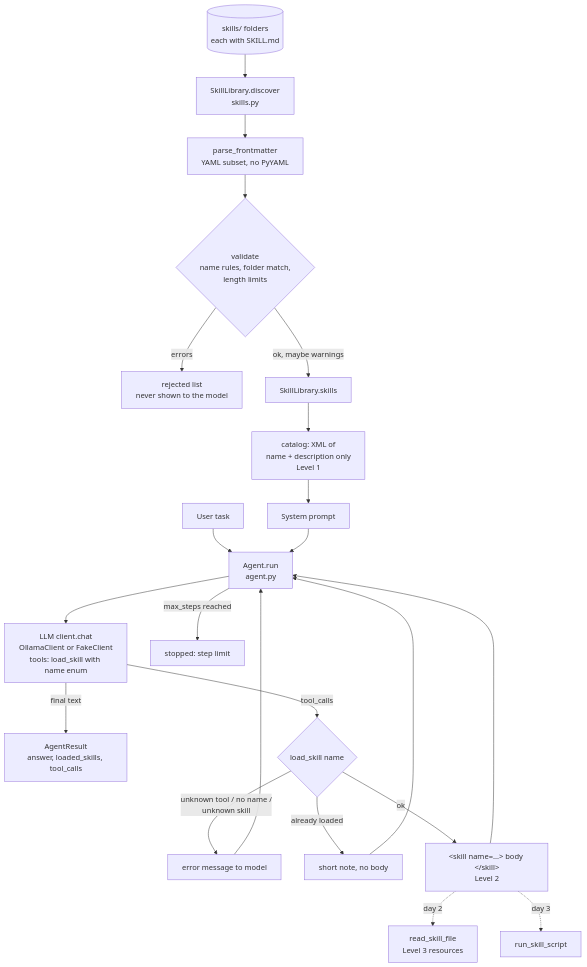
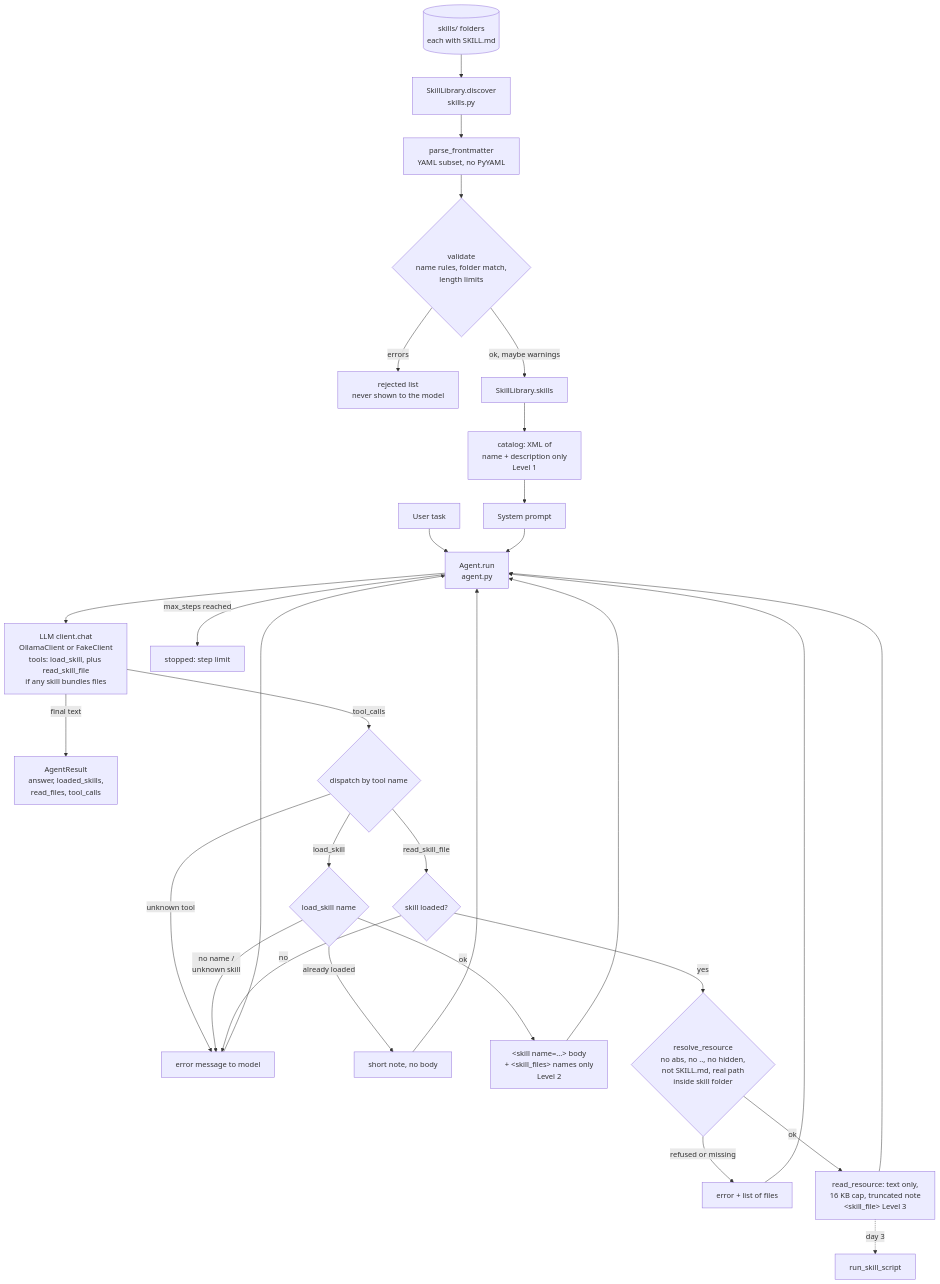
One commit to pavankonam/agents changed the diagram in week_02_skills_agent/flow.md. Above: the diagram before and after it, drawn with Mermaid. The commit also changed other lines of this file and 18 other files, not shown here.

Commit message:
week 02 day 2: level 3 skill resources with read_skill_file confined to loaded skill folders, 16 KB text cap, file list on load, incident-severity skill and level 3 quiz scenario

````diff
--- a/week_02_skills_agent/flow.md
+++ b/week_02_skills_agent/flow.md
@@ -5,24 +5,32 @@
 ```mermaid
 flowchart TD
     D[(skills/ folders<br/>each with SKILL.md)] --> DS[SkillLibrary.discover<br/>skills.py]
     DS --> PF[parse_frontmatter<br/>YAML subset, no PyYAML]
     PF --> V{validate<br/>name rules, folder match,<br/>length limits}
     V -->|errors| RJ[rejected list<br/>never shown to the model]
     V -->|ok, maybe warnings| LIB[SkillLibrary.skills]
     LIB --> CAT[catalog: XML of<br/>name + description only<br/>Level 1]
     U[User task] --> A[Agent.run<br/>agent.py]
     CAT --> SP[System prompt]
     SP --> A
-    A --> M[LLM client.chat<br/>OllamaClient or FakeClient<br/>tools: load_skill with name enum]
-    M -->|final text| R[AgentResult<br/>answer, loaded_skills, tool_calls]
-    M -->|tool_calls| L{load_skill name}
-    L -->|unknown tool / no name /<br/>unknown skill| E[error message to model]
+    A --> M[LLM client.chat<br/>OllamaClient or FakeClient<br/>tools: load_skill, plus read_skill_file<br/>if any skill bundles files]
+    M -->|final text| R[AgentResult<br/>answer, loaded_skills,<br/>read_files, tool_calls]
+    M -->|tool_calls| DP{dispatch by tool name}
+    DP -->|load_skill| L{load_skill name}
+    DP -->|unknown tool| E
+    L -->|no name /<br/>unknown skill| E[error message to model]
     L -->|already loaded| N[short note, no body]
-    L -->|ok| B["&lt;skill name=...&gt; body &lt;/skill&gt;<br/>Level 2"]
+    L -->|ok| B["&lt;skill name=...&gt; body<br/>+ &lt;skill_files&gt; names only<br/>Level 2"]
+    DP -->|read_skill_file| RF{skill loaded?}
+    RF -->|no| E
+    RF -->|yes| RR{resolve_resource<br/>no abs, no .., no hidden,<br/>not SKILL.md, real path<br/>inside skill folder}
+    RR -->|refused or missing| E2[error + list of files]
+    RR -->|ok| RD["read_resource: text only,<br/>16 KB cap, truncated note<br/>&lt;skill_file&gt; Level 3"]
     E --> A
+    E2 --> A
     N --> A
     B --> A
+    RD --> A
     A -->|max_steps reached| X[stopped: step limit]
-    B -.->|day 2| RF[read_skill_file<br/>Level 3 resources]
-    B -.->|day 3| SC[run_skill_script]
+    RD -.->|day 3| SC[run_skill_script]
 ```
````
